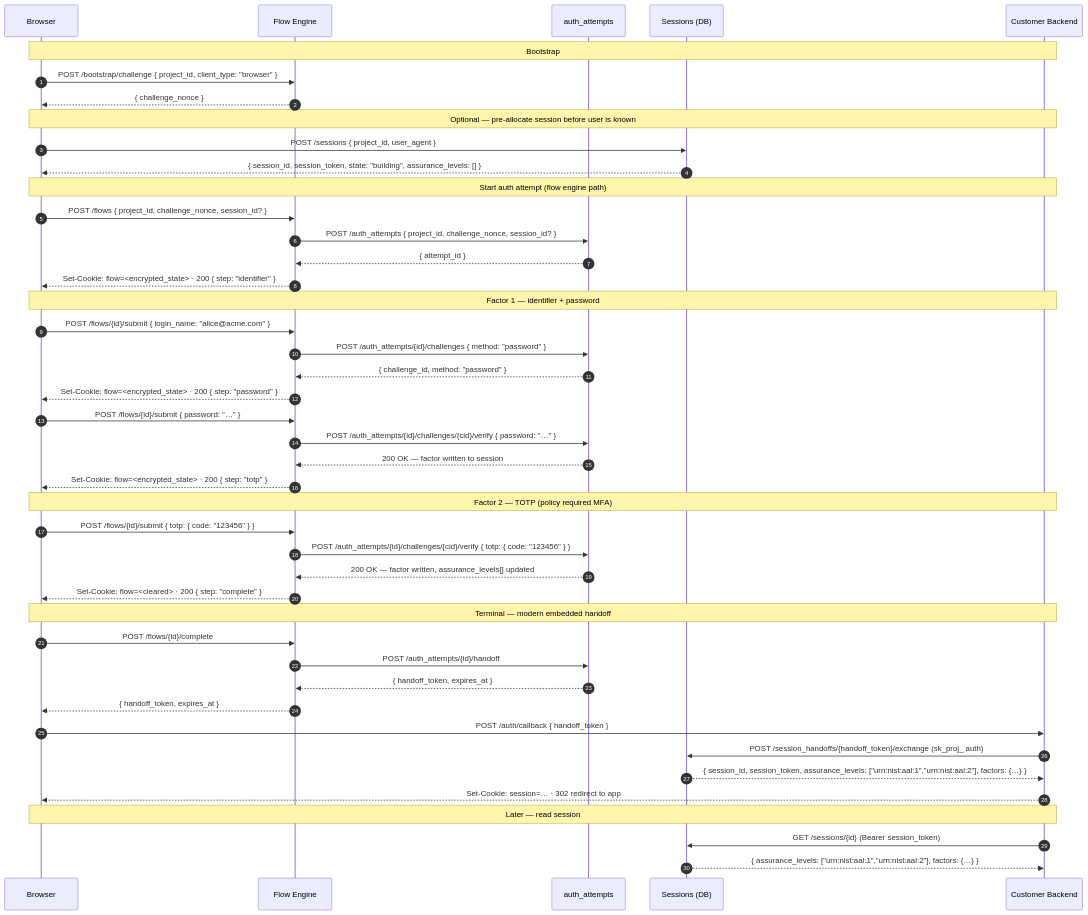
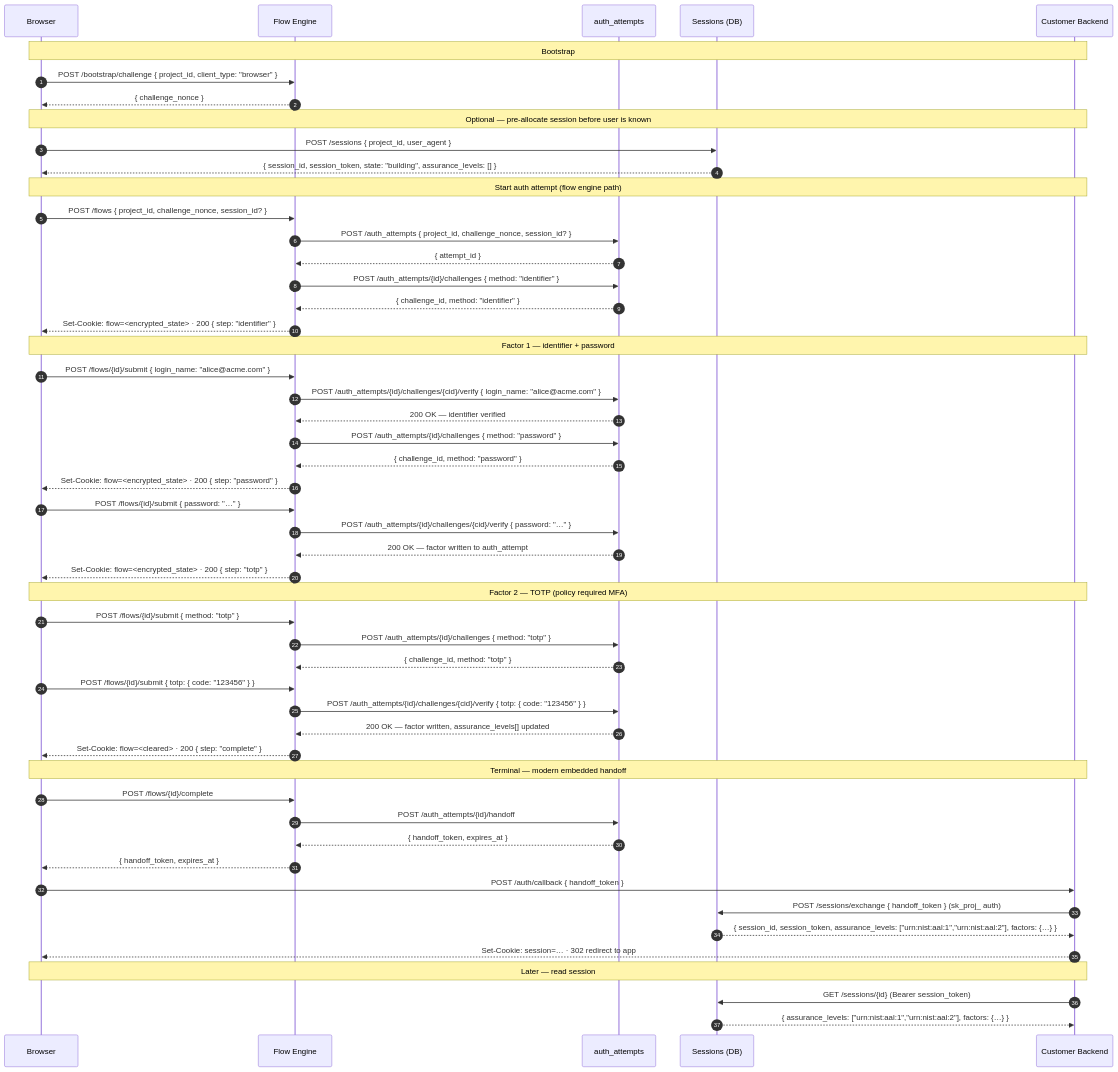
One commit to zitadel/nextgen changed the first of 4 diagrams in docs/design/api/authn-and-auth-flows.md. Above: the diagram before and after it, drawn with Mermaid. The commit also changed other lines of this file and 1 other file, not shown here.

Commit message:
improve handoff / session exchange

````diff
--- a/docs/design/api/authn-and-auth-flows.md
+++ b/docs/design/api/authn-and-auth-flows.md
@@ -153,62 +155,69 @@
 ```mermaid
 sequenceDiagram
     autonumber
     participant Browser
     participant FlowEngine as Flow Engine
     participant AuthAttempts as auth_attempts
     participant SessionDB as Sessions (DB)
     participant CustomerBackend as Customer Backend
 
     Note over Browser,CustomerBackend: Bootstrap
 
     Browser->>FlowEngine: POST /bootstrap/challenge { project_id, client_type: "browser" }
     FlowEngine-->>Browser: { challenge_nonce }
 
     Note over Browser,CustomerBackend: Optional — pre-allocate session before user is known
 
     Browser->>SessionDB: POST /sessions { project_id, user_agent }
     SessionDB-->>Browser: { session_id, session_token, state: "building", assurance_levels: [] }
 
     Note over Browser,CustomerBackend: Start auth attempt (flow engine path)
 
     Browser->>FlowEngine: POST /flows { project_id, challenge_nonce, session_id? }
     FlowEngine->>AuthAttempts: POST /auth_attempts { project_id, challenge_nonce, session_id? }
     AuthAttempts-->>FlowEngine: { attempt_id }
+    FlowEngine->>AuthAttempts: POST /auth_attempts/{id}/challenges { method: "identifier" }
+    AuthAttempts-->>FlowEngine: { challenge_id, method: "identifier" }
     FlowEngine-->>Browser: Set-Cookie: flow=<encrypted_state> · 200 { step: "identifier" }
 
     Note over Browser,CustomerBackend: Factor 1 — identifier + password
 
     Browser->>FlowEngine: POST /flows/{id}/submit { login_name: "alice@acme.com" }
+    FlowEngine->>AuthAttempts: POST /auth_attempts/{id}/challenges/{cid}/verify { login_name: "alice@acme.com" }
+    AuthAttempts-->>FlowEngine: 200 OK — identifier verified
     FlowEngine->>AuthAttempts: POST /auth_attempts/{id}/challenges { method: "password" }
     AuthAttempts-->>FlowEngine: { challenge_id, method: "password" }
     FlowEngine-->>Browser: Set-Cookie: flow=<encrypted_state> · 200 { step: "password" }
 
     Browser->>FlowEngine: POST /flows/{id}/submit { password: "…" }
     FlowEngine->>AuthAttempts: POST /auth_attempts/{id}/challenges/{cid}/verify { password: "…" }
-    AuthAttempts-->>FlowEngine: 200 OK — factor written to session
+    AuthAttempts-->>FlowEngine: 200 OK — factor written to auth_attempt
     FlowEngine-->>Browser: Set-Cookie: flow=<encrypted_state> · 200 { step: "totp" }
 
     Note over Browser,CustomerBackend: Factor 2 — TOTP (policy required MFA)
 
+    Browser->>FlowEngine: POST /flows/{id}/submit { method: "totp" }
+    FlowEngine->>AuthAttempts: POST /auth_attempts/{id}/challenges { method: "totp" }
+    AuthAttempts-->>FlowEngine: { challenge_id, method: "totp" }
     Browser->>FlowEngine: POST /flows/{id}/submit { totp: { code: "123456" } }
     FlowEngine->>AuthAttempts: POST /auth_attempts/{id}/challenges/{cid}/verify { totp: { code: "123456" } }
     AuthAttempts-->>FlowEngine: 200 OK — factor written, assurance_levels[] updated
     FlowEngine-->>Browser: Set-Cookie: flow=<cleared> · 200 { step: "complete" }
 
     Note over Browser,CustomerBackend: Terminal — modern embedded handoff
 
     Browser->>FlowEngine: POST /flows/{id}/complete
     FlowEngine->>AuthAttempts: POST /auth_attempts/{id}/handoff
     AuthAttempts-->>FlowEngine: { handoff_token, expires_at }
     FlowEngine-->>Browser: { handoff_token, expires_at }
 
     Browser->>CustomerBackend: POST /auth/callback { handoff_token }
-    CustomerBackend->>SessionDB: POST /session_handoffs/{handoff_token}/exchange (sk_proj_ auth)
+    CustomerBackend->>SessionDB: POST /sessions/exchange { handoff_token } (sk_proj_ auth)
     SessionDB-->>CustomerBackend: { session_id, session_token, assurance_levels: ["urn:nist:aal:1","urn:nist:aal:2"], factors: {…} }
     CustomerBackend-->>Browser: Set-Cookie: session=… · 302 redirect to app
 
     Note over Browser,CustomerBackend: Later — read session
 
     CustomerBackend->>SessionDB: GET /sessions/{id} (Bearer session_token)
     SessionDB-->>CustomerBackend: { assurance_levels: ["urn:nist:aal:1","urn:nist:aal:2"], factors: {…} }
 ```
````
